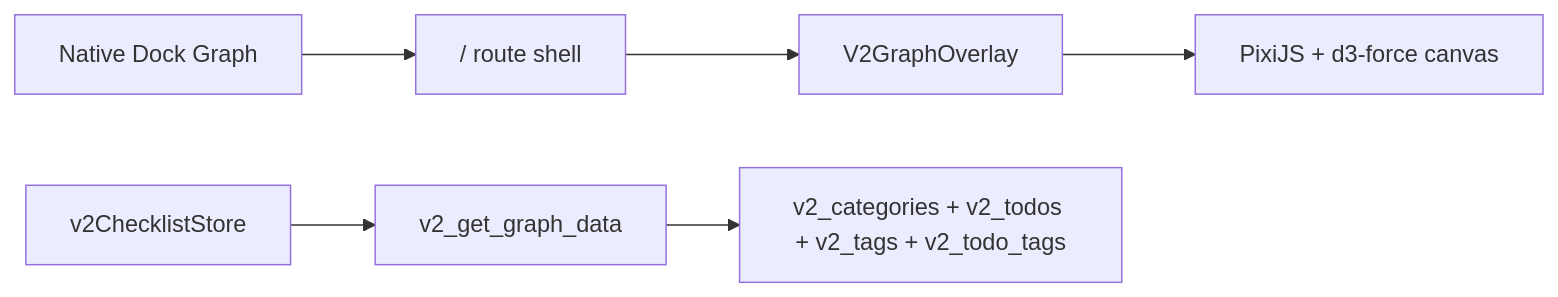
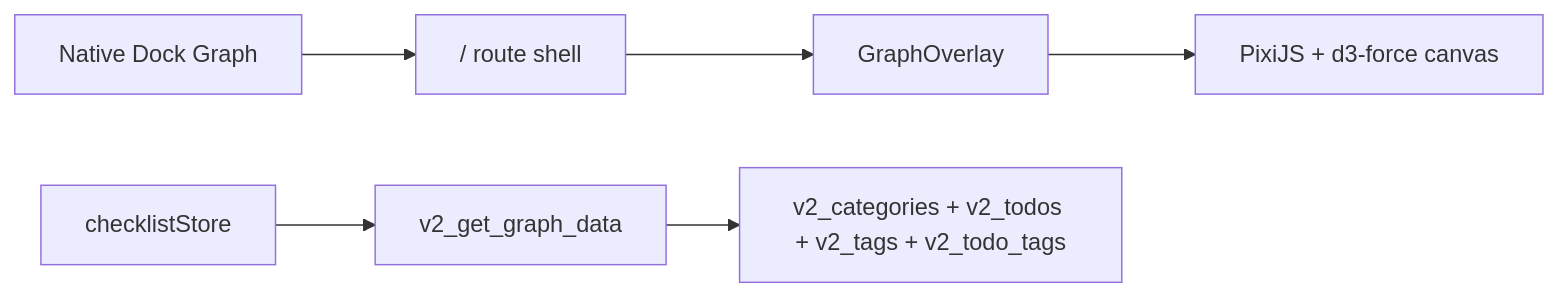
The diagram in docs/v2-notes/017-graph-direction.md (U-Keun/Tickly), drawn with Mermaid before and after one commit. The commit also changed 167 other files, not shown here.

````diff
--- a/docs/v2-notes/017-graph-direction.md
+++ b/docs/v2-notes/017-graph-direction.md
@@ -7,8 +7,8 @@
 ```mermaid
 flowchart LR
   Dock["Native Dock Graph"] --> Root["/ route shell"]
-  Root --> Overlay["V2GraphOverlay"]
+  Root --> Overlay["GraphOverlay"]
   Overlay --> Canvas["PixiJS + d3-force canvas"]
-  Store["v2ChecklistStore"] --> Api["v2_get_graph_data"]
+  Store["checklistStore"] --> Api["v2_get_graph_data"]
   Api --> Sqlite["v2_categories + v2_todos + v2_tags + v2_todo_tags"]
 ```
````
